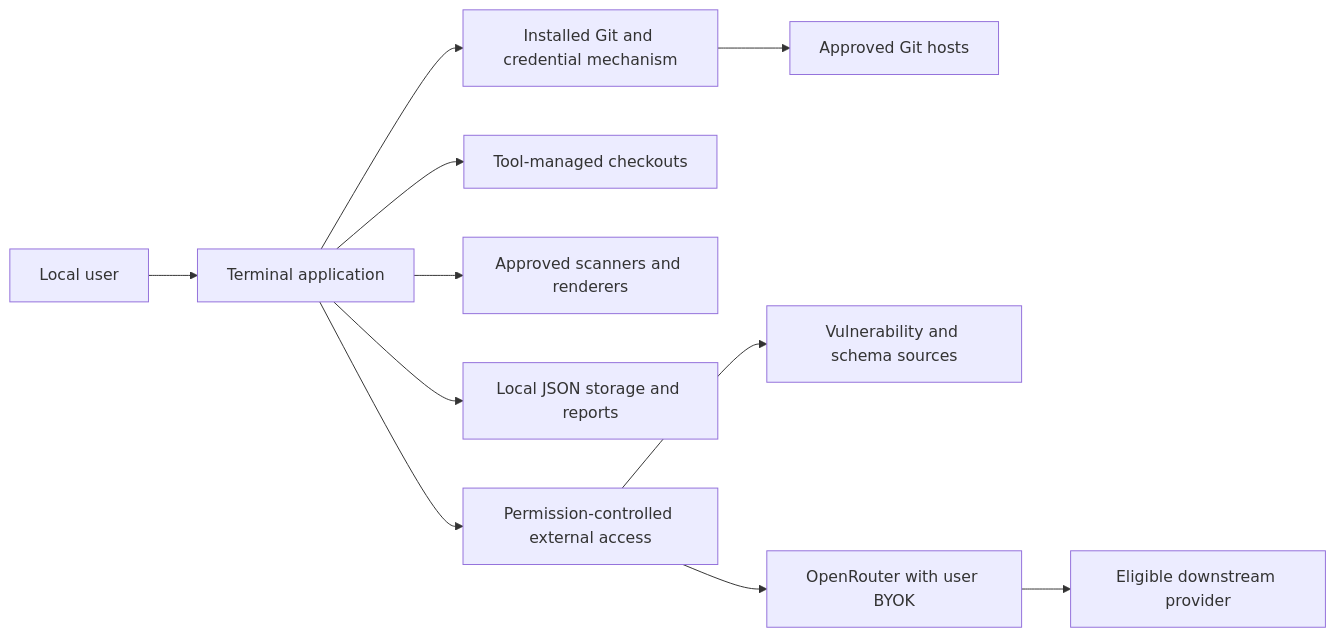
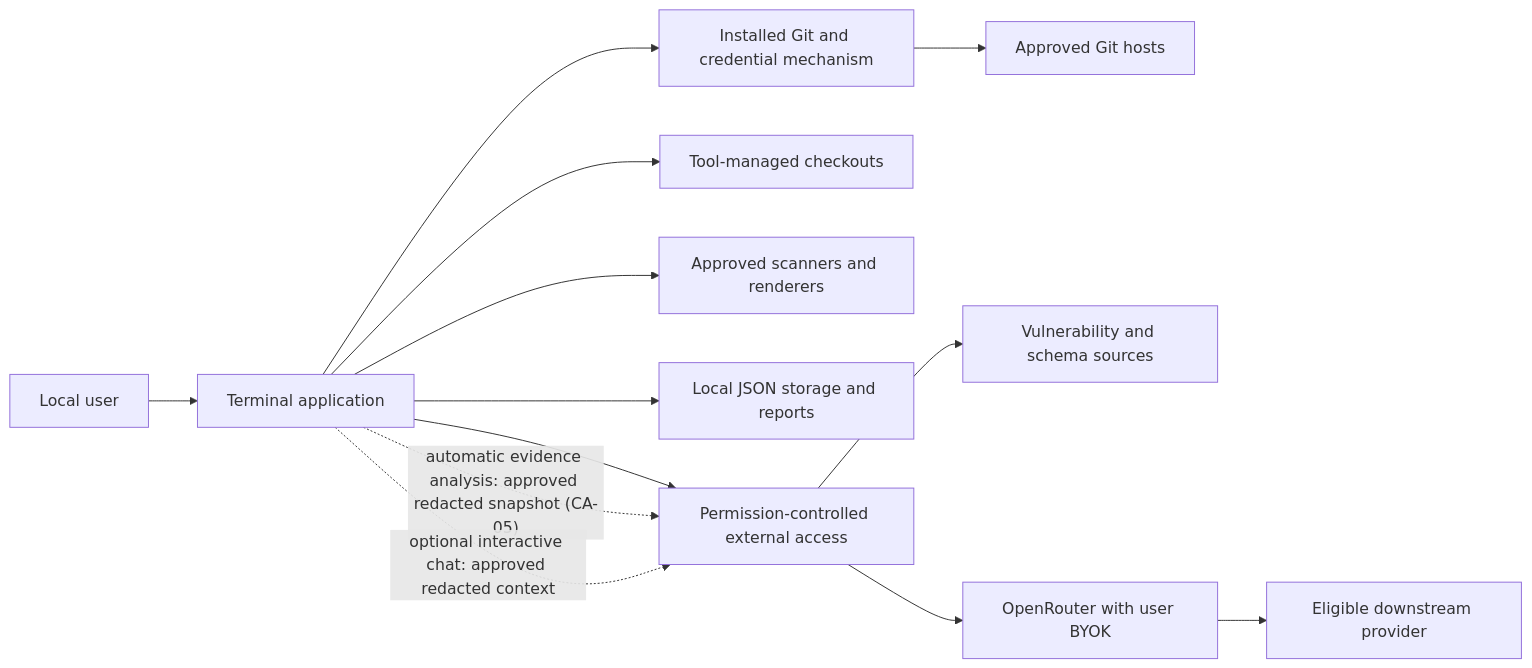
Before and after one commit to Nil2004n/CI_CD_prod: the first of 9 diagrams in 03_Architecture.md, drawn with Mermaid. The commit also changed other lines of this file and 19 other files, not shown here.

````diff
--- a/03_Architecture.md
+++ b/03_Architecture.md
@@ -14,13 +16,15 @@
 ```mermaid
 flowchart LR
   U[Local user] --> T[Terminal application]
   T --> G[Installed Git and credential mechanism]
   G --> H[Approved Git hosts]
   T --> L[Tool-managed checkouts]
   T --> S[Approved scanners and renderers]
   T --> P[Local JSON storage and reports]
   T --> N[Permission-controlled external access]
   N --> V[Vulnerability and schema sources]
   N --> OR[OpenRouter with user BYOK]
   OR --> M[Eligible downstream provider]
+  T -. automatic evidence analysis: approved redacted snapshot (CA-05) .-> N
+  T -. optional interactive chat: approved redacted context .-> N
 ```
````
